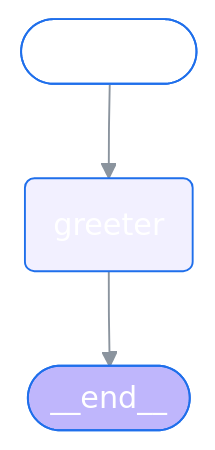
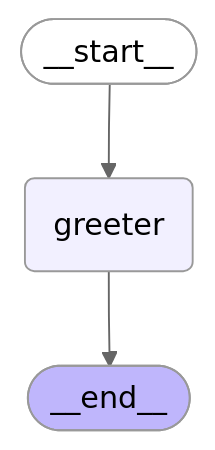
One commit to marohrdanz/zetagraph changed the first of 5 diagrams in README.md. Above: the diagram before and after it, drawn with Mermaid.

Commit message:
More tweaking mermaid theme

````diff
--- a/README.md
+++ b/README.md
@@ -32,12 +32,12 @@
 ```mermaid
-%%{init: {'theme':'base', 'themeVariables': { 'primaryColor':'#4493f8','primaryTextColor':'#fff','primaryBorderColor':'#1f6feb','lineColor':'#8b949e','secondaryColor':'#30363d','tertiaryColor':'#161b22'}}}%%
+%%{init: {'theme':'neutral'}}%%
 graph TD;
 	__start__([<p>__start__</p>]):::first
 	greeter(greeter)
 	__end__([<p>__end__</p>]):::last
 	__start__ --> greeter;
 	greeter --> __end__;
 	classDef default fill:#f2f0ff,line-height:1.2
 	classDef first fill-opacity:0
 	classDef last fill:#bfb6fc
 ```
````
